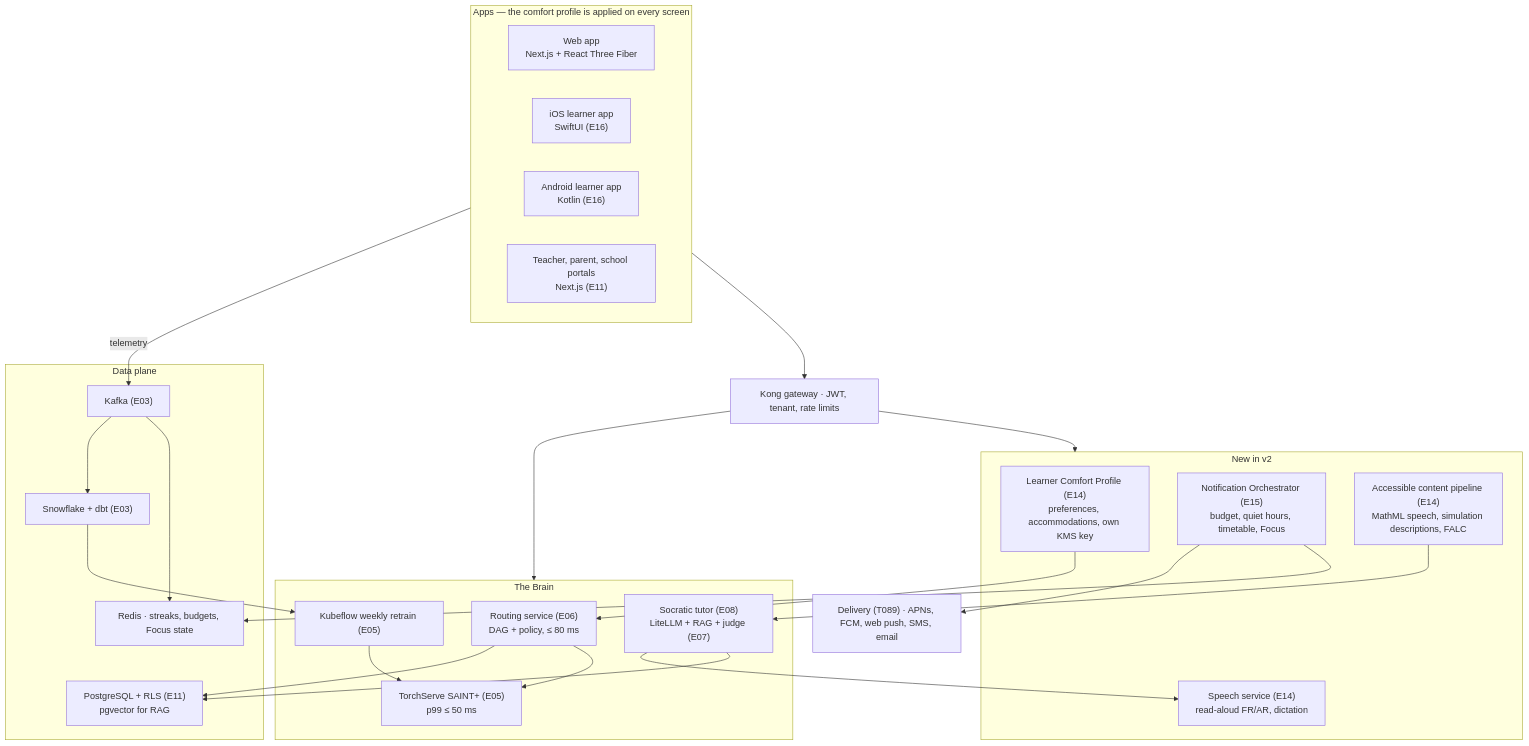
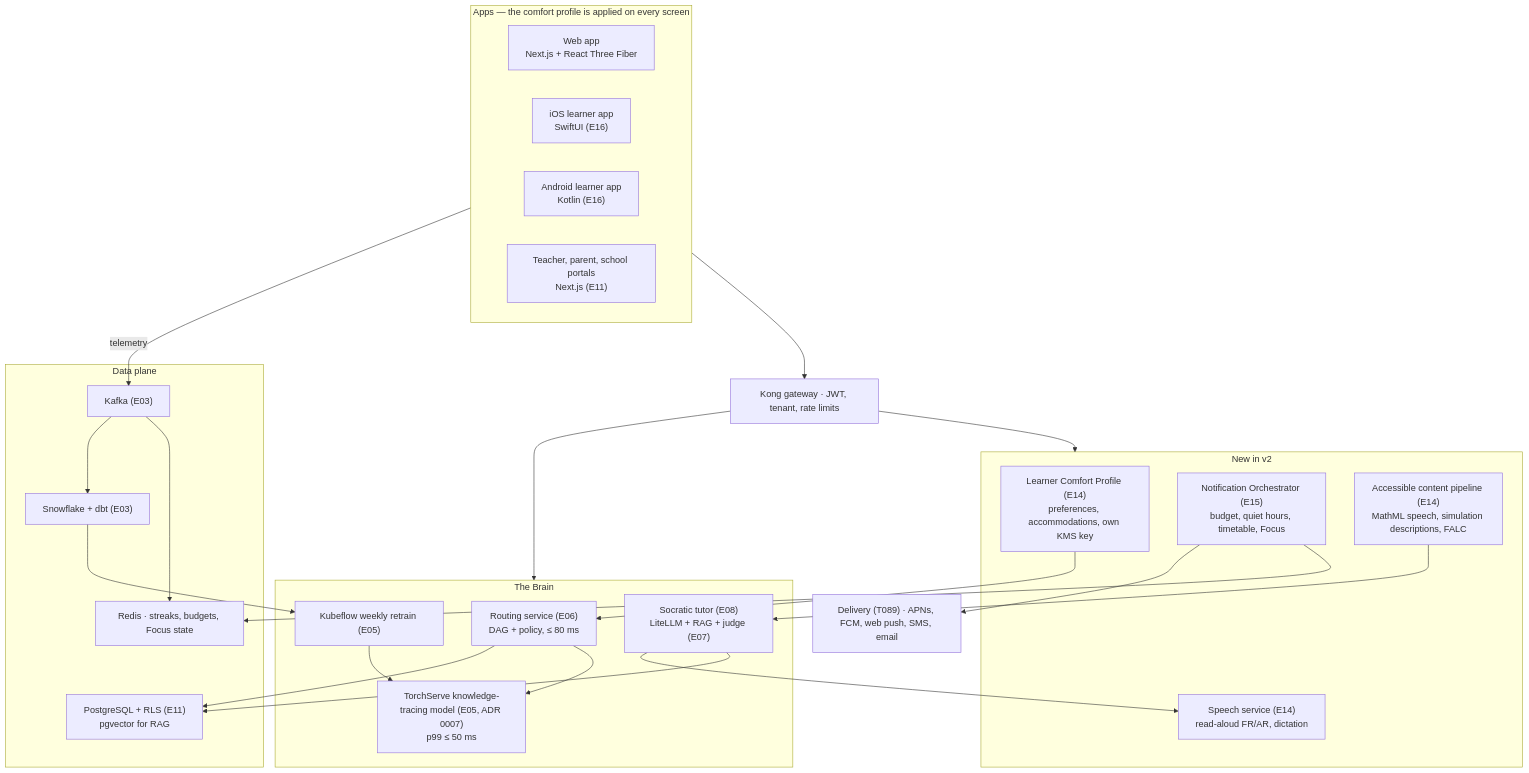
One commit to salahamami/Kuizi changed the diagram in docs/architecture/overview.md. Above: the diagram before and after it, drawn with Mermaid. The commit also changed other lines of this file and 7 other files, not shown here.

````diff
--- a/docs/architecture/overview.md
+++ b/docs/architecture/overview.md
@@ -5,43 +5,43 @@
 ```mermaid
 flowchart TB
   subgraph Apps["Apps — the comfort profile is applied on every screen"]
     WEB["Web app<br/>Next.js + React Three Fiber"]
     IOS["iOS learner app<br/>SwiftUI (E16)"]
     AND["Android learner app<br/>Kotlin (E16)"]
     PORTALS["Teacher, parent, school portals<br/>Next.js (E11)"]
   end
   KONG["Kong gateway · JWT, tenant, rate limits"]
   subgraph New["New in v2"]
     COMFORT["Learner Comfort Profile (E14)<br/>preferences, accommodations, own KMS key"]
     SPEECH["Speech service (E14)<br/>read-aloud FR/AR, dictation"]
     ORCH["Notification Orchestrator (E15)<br/>budget, quiet hours, timetable, Focus"]
     ACC["Accessible content pipeline (E14)<br/>MathML speech, simulation descriptions, FALC"]
   end
   subgraph Brain["The Brain"]
     ROUTER["Routing service (E06)<br/>DAG + policy, ≤ 80 ms"]
-    TS["TorchServe SAINT+ (E05)<br/>p99 ≤ 50 ms"]
+    TS["TorchServe knowledge-tracing model (E05, ADR 0007)<br/>p99 ≤ 50 ms"]
     TUTOR["Socratic tutor (E08)<br/>LiteLLM + RAG + judge (E07)"]
     KF["Kubeflow weekly retrain (E05)"]
   end
   subgraph Data["Data plane"]
     KAFKA["Kafka (E03)"]
     REDIS["Redis · streaks, budgets, Focus state"]
     SNOW["Snowflake + dbt (E03)"]
     PG["PostgreSQL + RLS (E11)<br/>pgvector for RAG"]
   end
   DELIVERY["Delivery (T089) · APNs, FCM, web push, SMS, email"]
 
   Apps --> KONG --> New
   KONG --> Brain
   Apps -- telemetry --> KAFKA
   KAFKA --> REDIS
   KAFKA --> SNOW --> KF --> TS
   ROUTER --> TS
   ROUTER --> PG
   TUTOR --> PG
   COMFORT --> ROUTER
   TUTOR --> SPEECH
   ACC --> TUTOR
   ORCH --> REDIS
   ORCH --> DELIVERY
 ```
````
